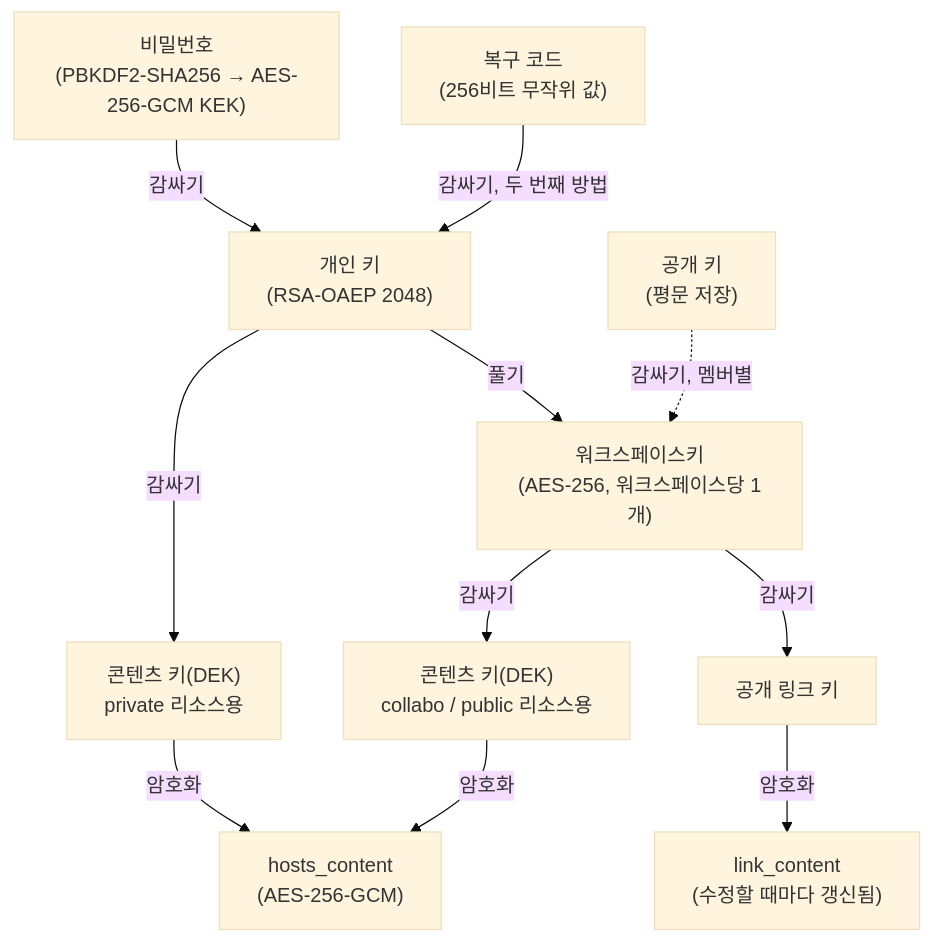
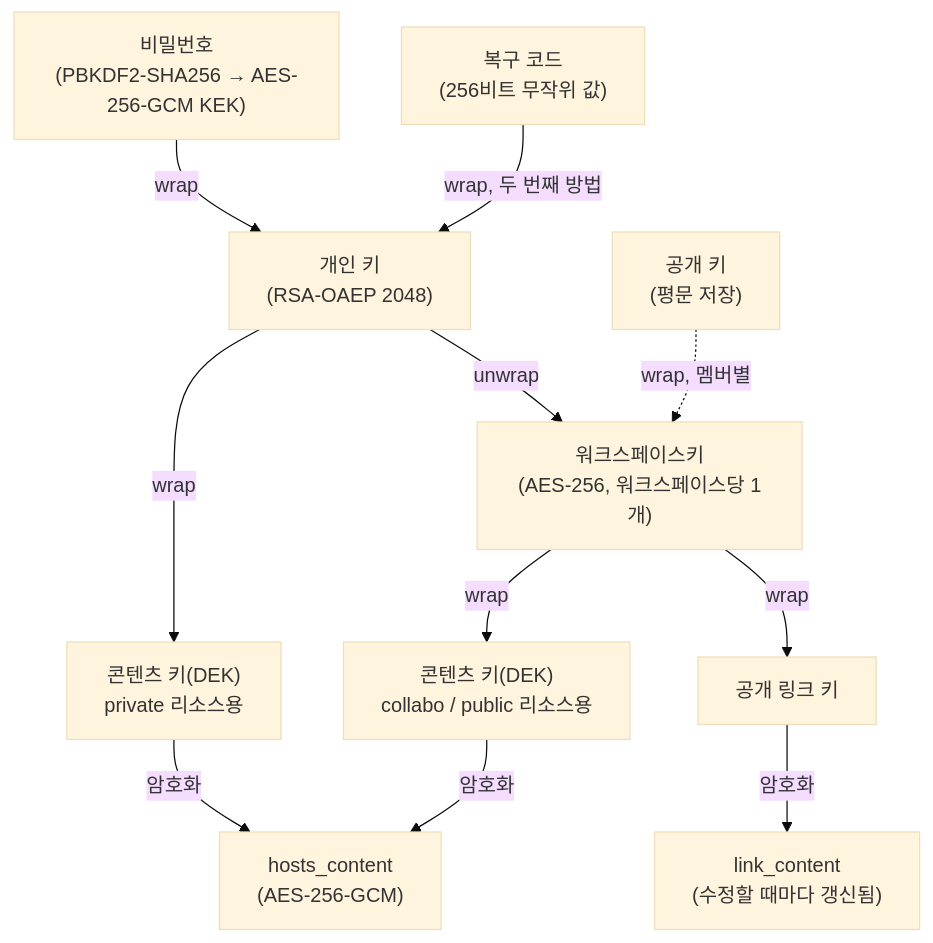
One commit to tricatch/oeHub changed the diagram in docs/05-end-to-end-encryption.md. Above: the diagram before and after it, drawn with Mermaid (base theme). The commit also changed other lines of this file, not shown here.

````diff
--- a/docs/05-end-to-end-encryption.md
+++ b/docs/05-end-to-end-encryption.md
@@ -55,13 +16,13 @@
 ```mermaid
 flowchart TD
-    PW["비밀번호\n(PBKDF2-SHA256 → AES-256-GCM KEK)"] -->|감싸기| PRIV["개인 키\n(RSA-OAEP 2048)"]
-    REC["복구 코드\n(256비트 무작위 값)"] -->|감싸기, 두 번째 방법| PRIV
-    PRIV -->|풀기| WSK["워크스페이스키\n(AES-256, 워크스페이스당 1개)"]
-    PUB["공개 키\n(평문 저장)"] -.->|감싸기, 멤버별| WSK
-    WSK -->|감싸기| DEK_PUB["콘텐츠 키(DEK)\ncollabo / public 리소스용"]
-    PRIV -->|감싸기| DEK_PRIV["콘텐츠 키(DEK)\nprivate 리소스용"]
+    PW["비밀번호\n(PBKDF2-SHA256 → AES-256-GCM KEK)"] -->|wrap| PRIV["개인 키\n(RSA-OAEP 2048)"]
+    REC["복구 코드\n(256비트 무작위 값)"] -->|wrap, 두 번째 방법| PRIV
+    PRIV -->|unwrap| WSK["워크스페이스키\n(AES-256, 워크스페이스당 1개)"]
+    PUB["공개 키\n(평문 저장)"] -.->|wrap, 멤버별| WSK
+    WSK -->|wrap| DEK_PUB["콘텐츠 키(DEK)\ncollabo / public 리소스용"]
+    PRIV -->|wrap| DEK_PRIV["콘텐츠 키(DEK)\nprivate 리소스용"]
     DEK_PRIV -->|암호화| CONTENT["hosts_content\n(AES-256-GCM)"]
     DEK_PUB -->|암호화| CONTENT
-    WSK -->|감싸기| LINKKEY["공개 링크 키"]
+    WSK -->|wrap| LINKKEY["공개 링크 키"]
     LINKKEY -->|암호화| LINKCONTENT["link_content\n(수정할 때마다 갱신됨)"]
 ```
````
